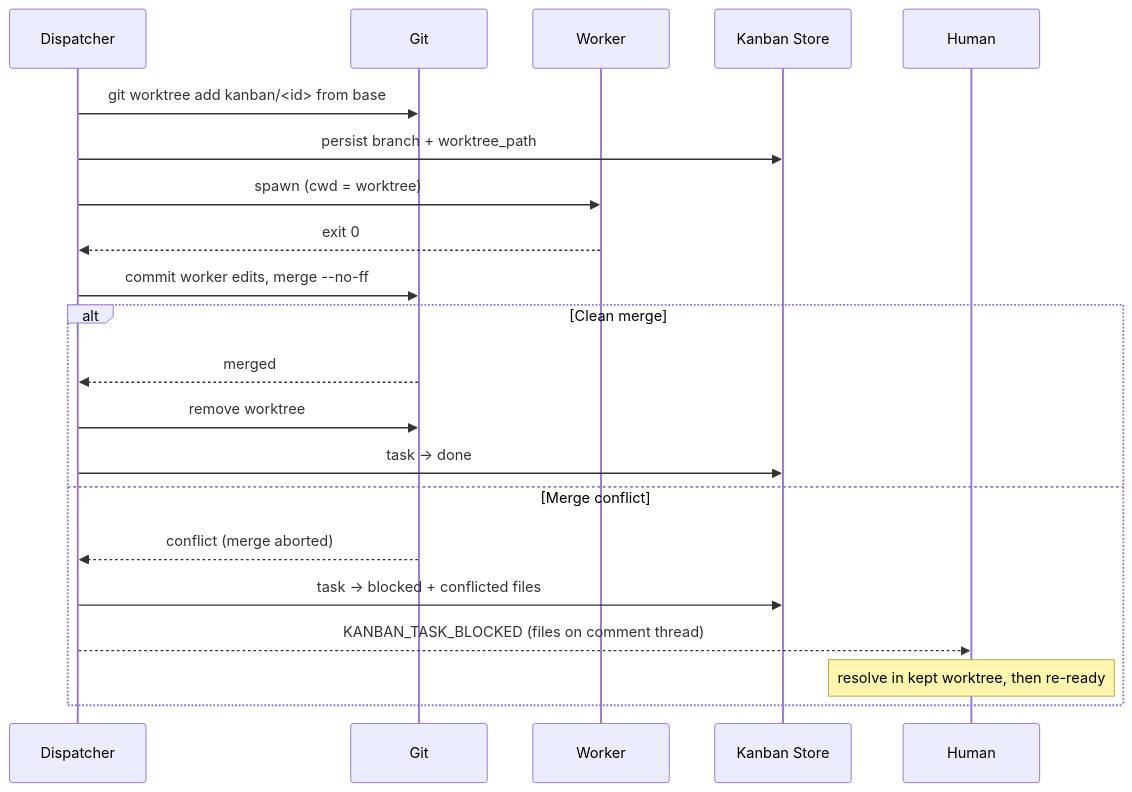
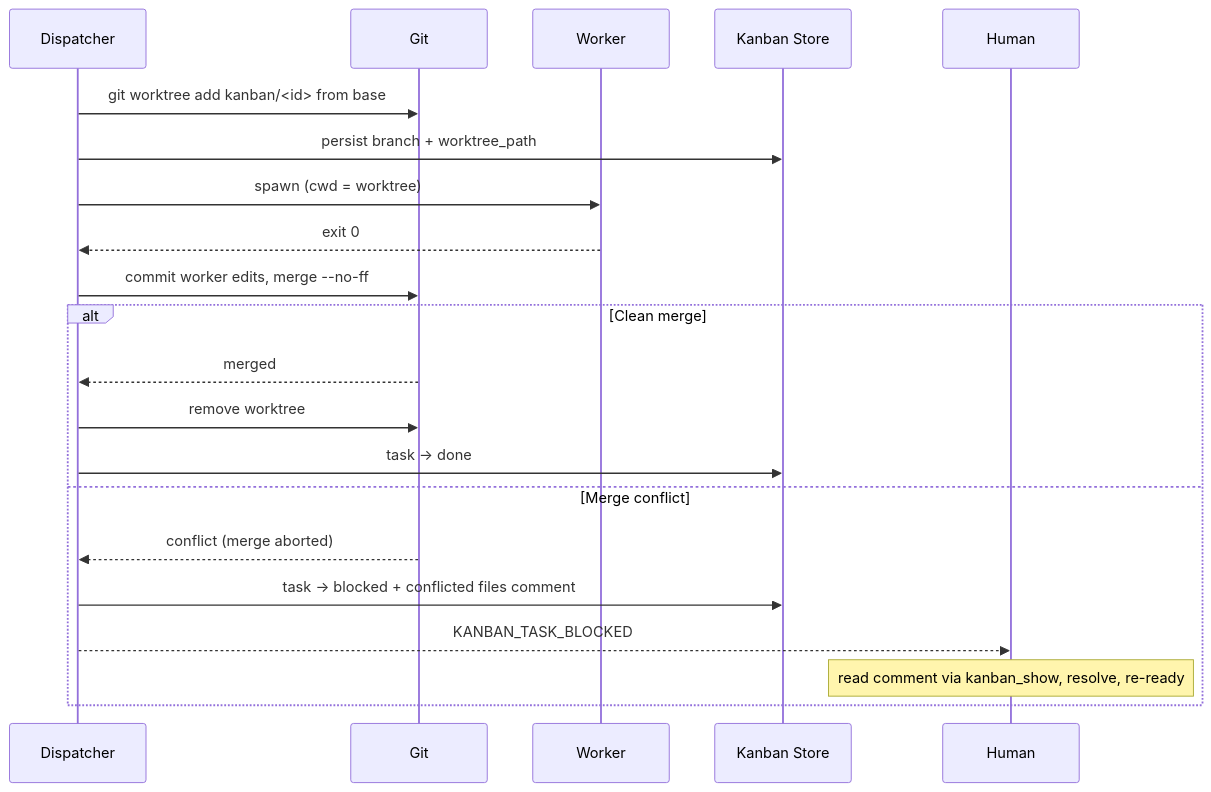
Before and after one commit to MervinPraison/PraisonAIDocs: diagram 12 of 14 in docs/features/kanban.mdx, drawn with Mermaid. The commit also changed other lines of this file and 5 other files, not shown here.

````diff
--- a/docs/features/kanban.mdx
+++ b/docs/features/kanban.mdx
@@ -700,24 +700,24 @@
 ```mermaid
 sequenceDiagram
     participant Dispatcher
     participant Git
     participant Worker
     participant Store as Kanban Store
     participant Human
 
     Dispatcher->>Git: git worktree add kanban/<id> from base
     Dispatcher->>Store: persist branch + worktree_path
     Dispatcher->>Worker: spawn (cwd = worktree)
     Worker-->>Dispatcher: exit 0
     Dispatcher->>Git: commit worker edits, merge --no-ff
     alt Clean merge
         Git-->>Dispatcher: merged
         Dispatcher->>Git: remove worktree
         Dispatcher->>Store: task → done
     else Merge conflict
         Git-->>Dispatcher: conflict (merge aborted)
-        Dispatcher->>Store: task → blocked + conflicted files
-        Dispatcher-->>Human: KANBAN_TASK_BLOCKED (files on comment thread)
-        Note over Human: resolve in kept worktree, then re-ready
+        Dispatcher->>Store: task → blocked + conflicted files comment
+        Dispatcher-->>Human: KANBAN_TASK_BLOCKED
+        Note over Human: read comment via kanban_show, resolve, re-ready
     end
 ```
````
